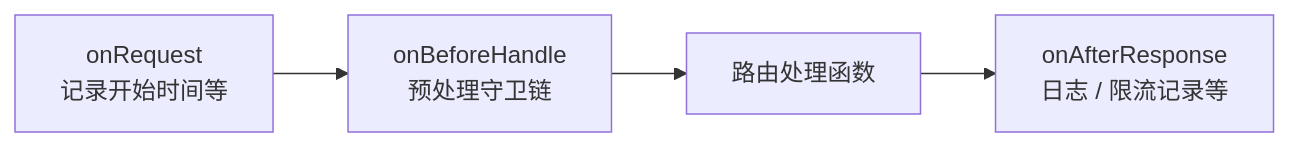
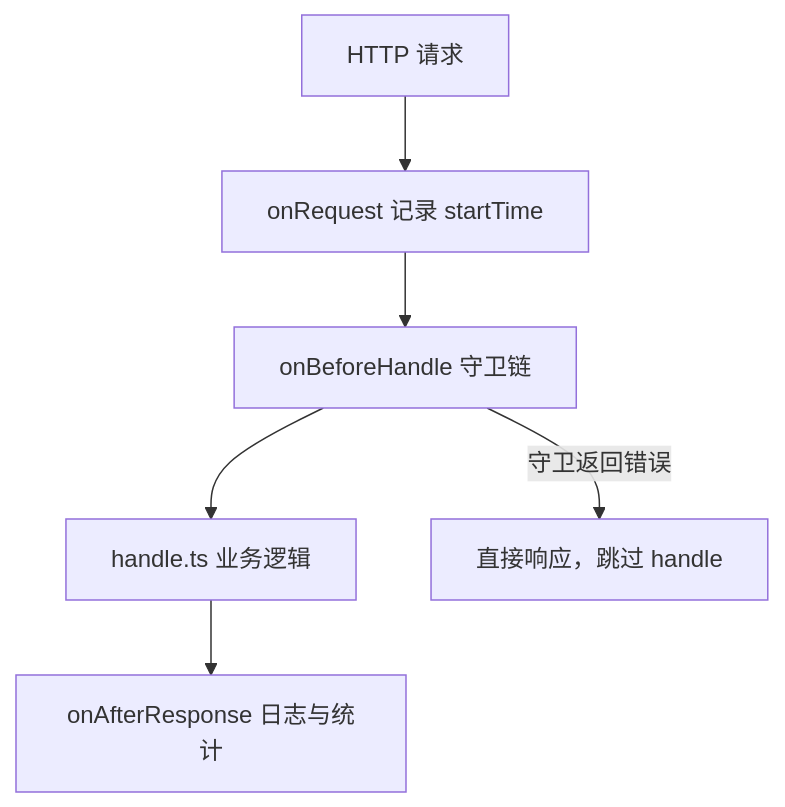
Before and after one commit to meishanlaoyao/elysia-admin: the diagram in docs/guide/middleware.md, drawn with Mermaid. The commit also changed other lines of this file and 38 other files, not shown here.

Commit message:
update: add module/page scaffolding (create:module/create:page with Drizzle Schema, --schema, --dry-run), script templates and tests; add AI_MODULE_SCAFFOLD.md; update AI workflow, Cursor Skill, IDE rules, and AI dev guide with scaffolding recommendations

````diff
--- a/docs/guide/middleware.md
+++ b/docs/guide/middleware.md
@@ -104,6 +22,8 @@
 ```mermaid
-flowchart LR
-    R[onRequest<br/>记录开始时间等] --> B[onBeforeHandle<br/>预处理守卫链]
-    B --> H[路由处理函数]
-    H --> A[onAfterResponse<br/>日志 / 限流记录等]
+flowchart TD
+    Req[HTTP 请求] --> R[onRequest 记录 startTime]
+    R --> B[onBeforeHandle 守卫链]
+    B --> H[handle.ts 业务逻辑]
+    H --> A[onAfterResponse 日志与统计]
+    B -->|守卫返回错误| Err[直接响应，跳过 handle]
 ```
````
